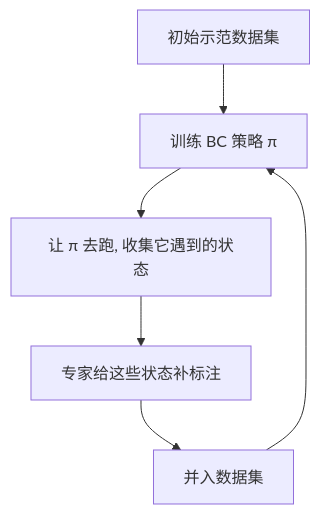
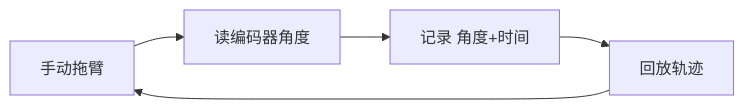
One commit to zizhengwang2026/Embodied-Intelligence-Learning changed the diagram in study-log/2026-08-24-数据采集与行为克隆-zh.md. Above: the diagram before and after it, drawn with Mermaid. The commit also changed other lines of this file, not shown here.

````diff
--- a/study-log/2026-08-24-数据采集与行为克隆-zh.md
+++ b/study-log/2026-08-24-数据采集与行为克隆-zh.md
@@ -148,8 +47,7 @@
 ```mermaid
-flowchart TD
-    A[初始示范数据集] --> B[训练 BC 策略 π]
-    B --> C[让 π 去跑, 收集它遇到的状态]
-    C --> D[专家给这些状态补标注]
-    D --> E[并入数据集]
-    E --> B
+flowchart LR
+    MOVE[手动拖臂] --> READ[读编码器角度]
+    READ --> REC[记录 角度+时间]
+    REC --> PLAY[回放轨迹]
+    PLAY --> MOVE
 ```
````
